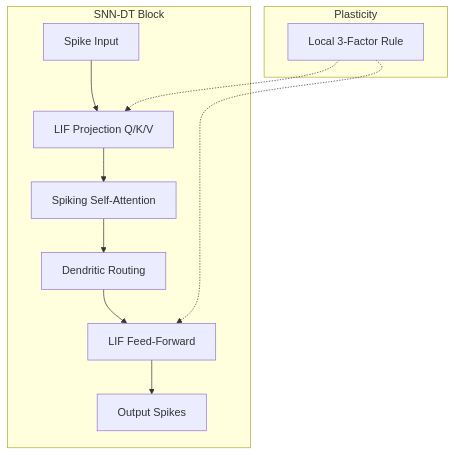
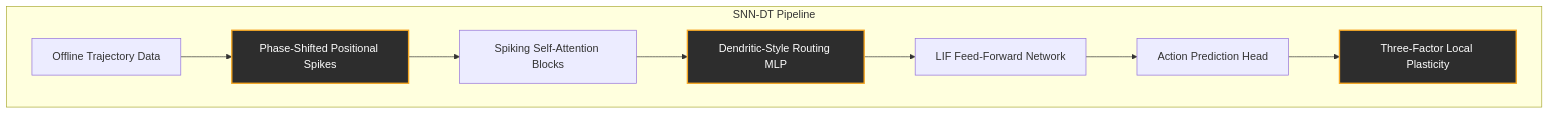
One commit to Vishal-sys-code/neuromorphic_decision_transformer changed the diagram in docs/_build/html/_sources/architecture.md. Above: the diagram before and after it, drawn with Mermaid. The commit also changed other lines of this file, not shown here.

````diff
--- a/docs/_build/html/_sources/architecture.md
+++ b/docs/_build/html/_sources/architecture.md
@@ -9,15 +7,14 @@
 ```mermaid
 graph TD
-    subgraph "SNN-DT Block"
-    A[Spike Input] --> B[LIF Projection Q/K/V]
-    B --> C[Spiking Self-Attention]
-    C --> D[Dendritic Routing]
-    D --> E[LIF Feed-Forward]
-    E --> F[Output Spikes]
-    end
+    classDef main fill:#1e1e1e,stroke:#4a90e2,stroke-width:2px,color:#fff;
+    classDef module fill:#2d2d2d,stroke:#f5a623,stroke-width:2px,color:#fff;
     
-    subgraph "Plasticity"
-    G[Local 3-Factor Rule] -.-> B
-    G -.-> E
+    subgraph "SNN-DT Pipeline"
+    A[Offline Trajectory Data] --> B[Phase-Shifted Positional Spikes]:::module
+    B --> C[Spiking Self-Attention Blocks]
+    C --> D[Dendritic-Style Routing MLP]:::module
+    D --> E[LIF Feed-Forward Network]
+    E --> F[Action Prediction Head]
+    F --> G[Three-Factor Local Plasticity]:::module
     end
 ```
````
